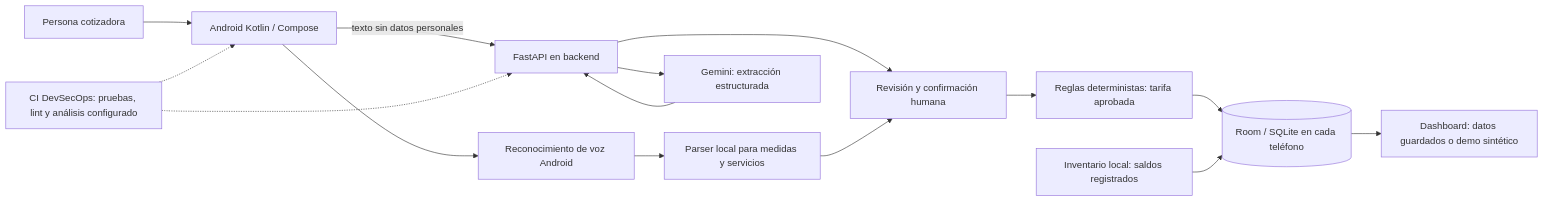
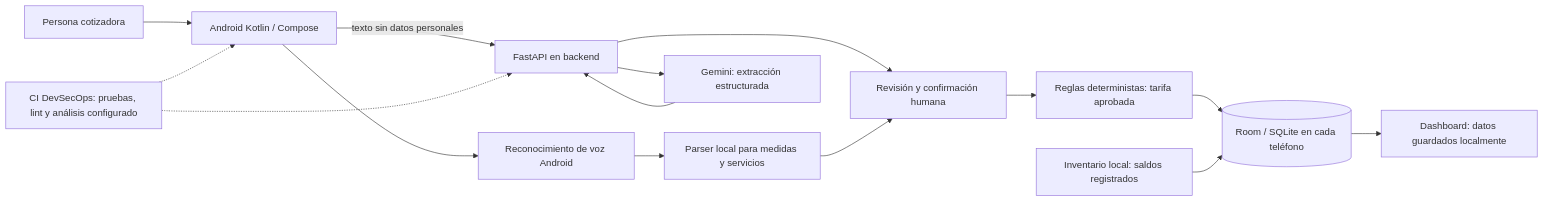
Before and after one commit to Pool-NS/CotizadorLeguaIA: the diagram in docs/METODOLOGIA_IA_DEVSECOPS.md, drawn with Mermaid. The commit also changed other lines of this file and 80 other files, not shown here.

````diff
--- a/docs/METODOLOGIA_IA_DEVSECOPS.md
+++ b/docs/METODOLOGIA_IA_DEVSECOPS.md
@@ -23,25 +23,25 @@
 ```mermaid
 flowchart LR
     U[Persona cotizadora]
     A[Android Kotlin / Compose]
     V[Reconocimiento de voz Android]
     P[Parser local para medidas y servicios]
     API[FastAPI en backend]
     G[Gemini: extracción estructurada]
     H[Revisión y confirmación humana]
     R[Reglas deterministas: tarifa aprobada]
     I[Inventario local: saldos registrados]
     DB[(Room / SQLite en cada teléfono)]
-    D[Dashboard: datos guardados o demo sintético]
+    D[Dashboard: datos guardados localmente]
     CI[CI DevSecOps: pruebas, lint y análisis configurado]
 
     U --> A
     A --> V --> P
     A -->|texto sin datos personales| API --> G --> API --> H
     P --> H --> R
     R --> DB
     I --> DB
     DB --> D
     CI -.-> A
     CI -.-> API
 ```
````
